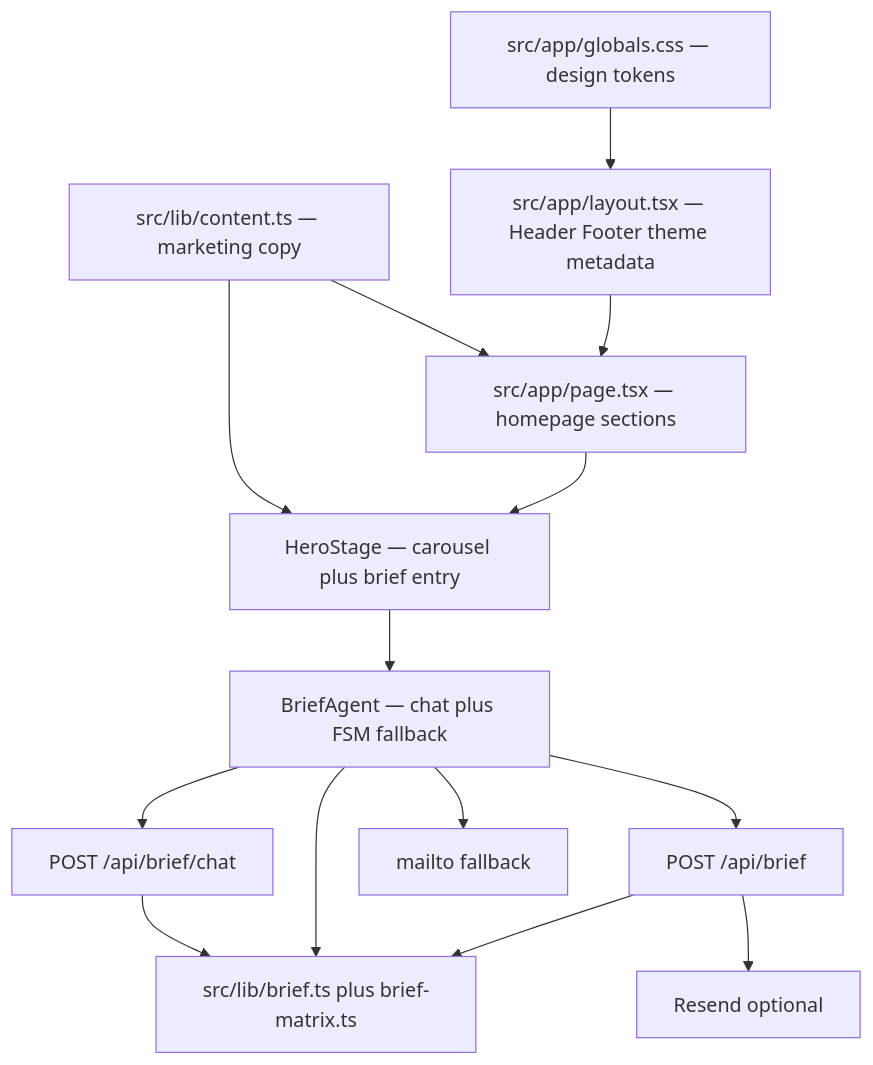
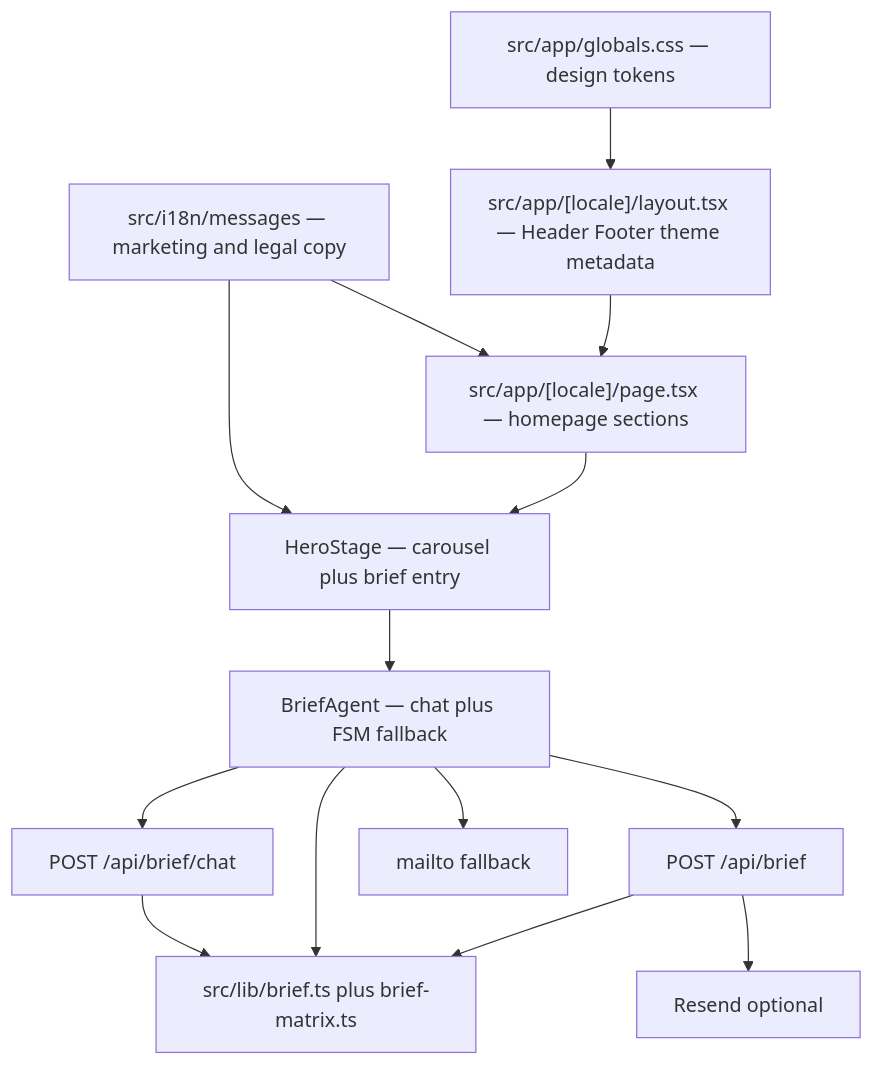
One commit to Neora-Labs/neora-labs changed the diagram in AGENTS.md. Above: the diagram before and after it, drawn with Mermaid. The commit also changed other lines of this file and 43 other files, not shown here.

````diff
--- a/AGENTS.md
+++ b/AGENTS.md
@@ -11,28 +11,28 @@
 ```mermaid
 flowchart TB
-  layout["src/app/layout.tsx — Header Footer theme metadata"]
-  page["src/app/page.tsx — homepage sections"]
-  content["src/lib/content.ts — marketing copy"]
+  layout["src/app/[locale]/layout.tsx — Header Footer theme metadata"]
+  page["src/app/[locale]/page.tsx — homepage sections"]
+  i18n["src/i18n/messages — marketing and legal copy"]
   tokens["src/app/globals.css — design tokens"]
   hero["HeroStage — carousel plus brief entry"]
   briefUi["BriefAgent — chat plus FSM fallback"]
   briefLib["src/lib/brief.ts plus brief-matrix.ts"]
   chatApi["POST /api/brief/chat"]
   api["POST /api/brief"]
   resend["Resend optional"]
   mailto["mailto fallback"]
 
-  content --> page
-  content --> hero
+  i18n --> page
+  i18n --> hero
   tokens --> layout
   layout --> page
   page --> hero
   hero --> briefUi
   briefUi --> chatApi
   chatApi --> briefLib
   briefUi --> briefLib
   briefUi --> api
   api --> briefLib
   api --> resend
   briefUi --> mailto
 ```
````
